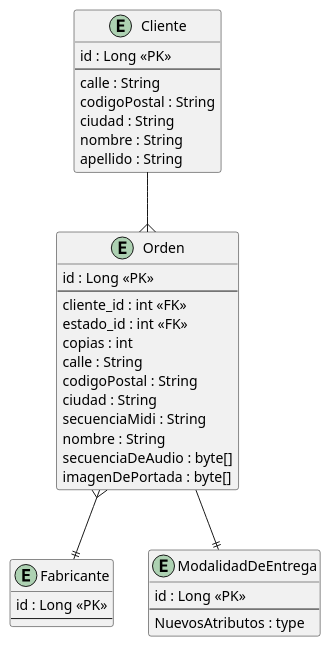
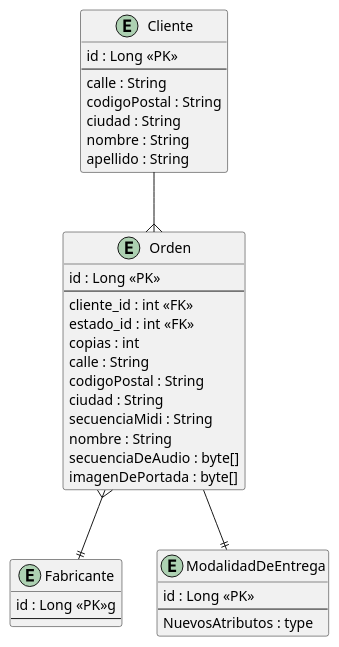
Before and after one commit to mbeorlegui/parciales-dds: the diagram in Segundos-parciales/notesbox/DER.puml, drawn with PlantUML. The commit also changed 3 other files, not shown here.

```diff
--- a/Segundos-parciales/notesbox/DER.puml
+++ b/Segundos-parciales/notesbox/DER.puml
@@ -1,48 +1,48 @@
-@startuml DER
+@startuml DER-notesbox
 
 entity Cliente {
   id : Long <<PK>>
   --
   calle : String
   codigoPostal : String
   ciudad : String
   nombre : String
   apellido : String
 }
 
 entity Fabricante {
-  id : Long <<PK>>
+  id : Long <<PK>>g
   --
 }
 
 entity Orden {
   id : Long <<PK>>
   --
   ' Dejo esta tabla sola ya que uso SingleTable
   cliente_id : int <<FK>>
   estado_id : int <<FK>>
   copias : int
   calle : String
   codigoPostal : String
   ciudad : String
   secuenciaMidi : String
   nombre : String
   secuenciaDeAudio : byte[]
   imagenDePortada : byte[]
 }
 
 entity ModalidadDeEntrega {
   id : Long <<PK>>
   --
   ' Dejo esta tabla sola ya que uso SingleTable
   NuevosAtributos : type
 }
 
 
 Cliente --{ Orden
 Orden }--|| Fabricante
 Orden --|| ModalidadDeEntrega
 
 
 
 @enduml
```
